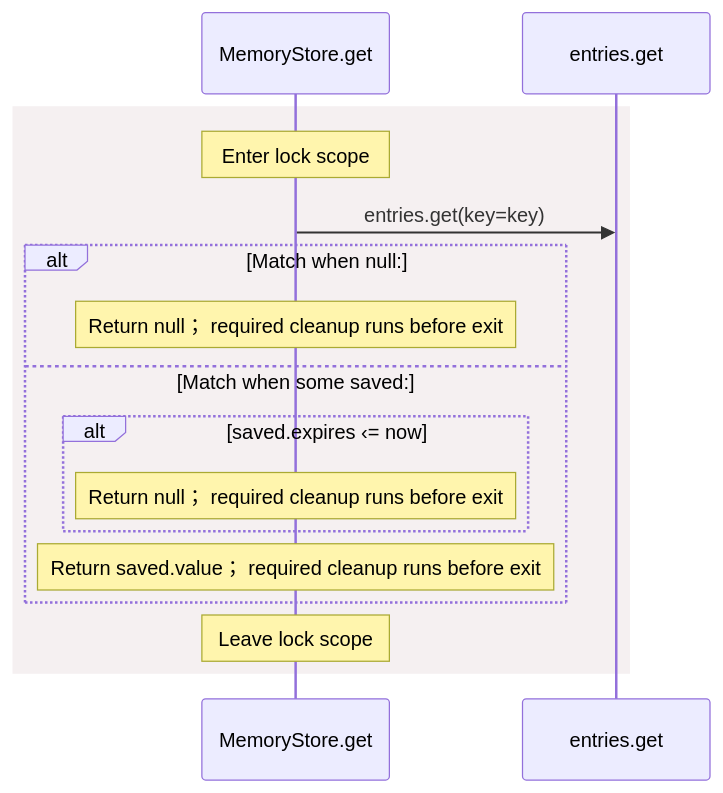
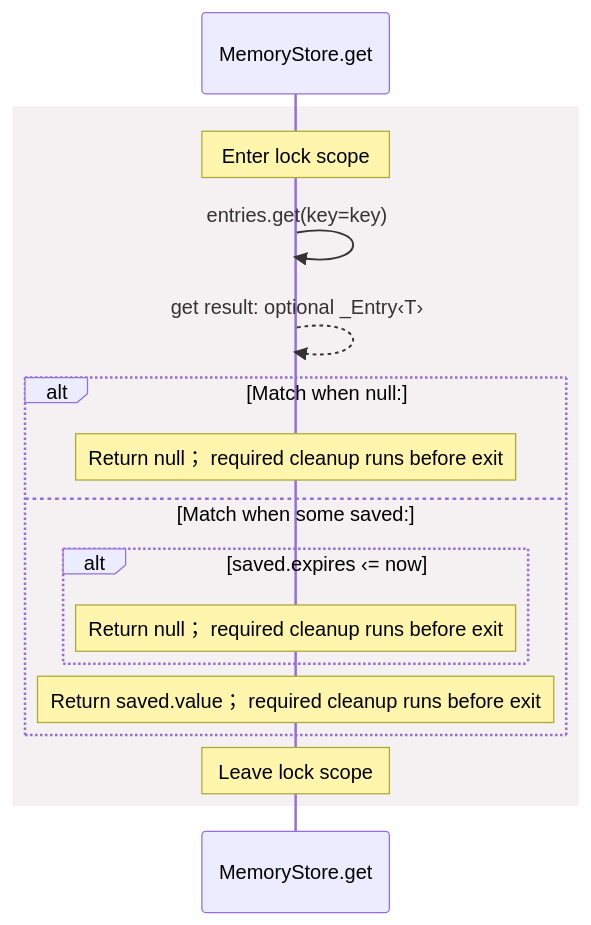
One commit to GreenPandaStudios/augscript changed the fifth of 5 diagrams in docs/examples/oidc-login/dependencies/packages/@git/url_0eb7c89453c87681ed15/0.0.0-git.a39fc582565d4fca40be4f75fa304d71adc69301/store-diagrams.md. Above: the diagram before and after it, drawn with Mermaid. The commit also changed other lines of this file and 304 other files, not shown here.

Commit message:
Make generated data-flow sequences concise and review every diagram

````diff
--- a/docs/examples/oidc-login/dependencies/packages/@git/url_0eb7c89453c87681ed15/0.0.0-git.a39fc582565d4fca40be4f75fa304d71adc69301/store-diagrams.md
+++ b/docs/examples/oidc-login/dependencies/packages/@git/url_0eb7c89453c87681ed15/0.0.0-git.a39fc582565d4fca40be4f75fa304d71adc69301/store-diagrams.md
@@ -171,18 +155,19 @@
 ```mermaid
 sequenceDiagram
     participant p0 as MemoryStore.get
-    participant p1 as entries.get
+
     rect rgb(245, 240, 241)
     Note over p0: Enter lock scope
-    p0->>p1: entries.get(key=key)
+    p0->>p0: entries.get(key=key)
+    p0-->>p0: get result: optional _Entry‹T›
     alt Match when null:
     Note over p0: Return null； required cleanup runs before exit
     else Match when some saved:
     alt saved.expires ‹= now
     Note over p0: Return null； required cleanup runs before exit
     end
     Note over p0: Return saved.value； required cleanup runs before exit
     end
     Note over p0: Leave lock scope
     end
 ```
````
